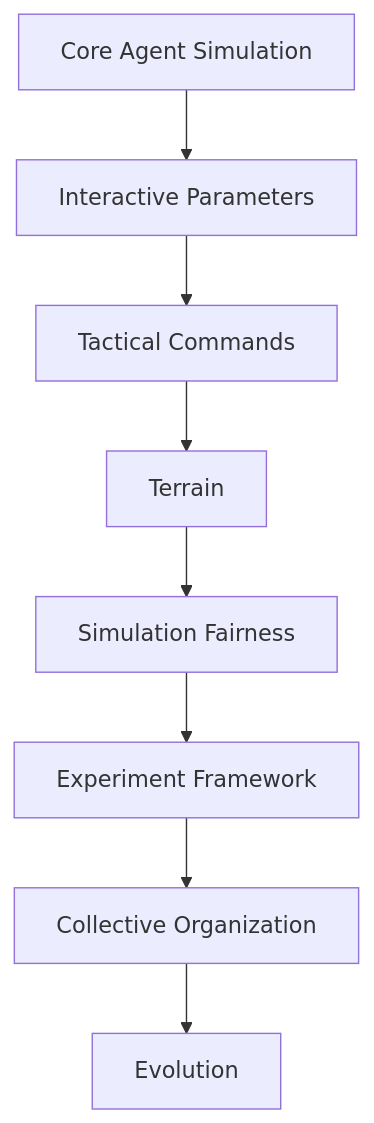
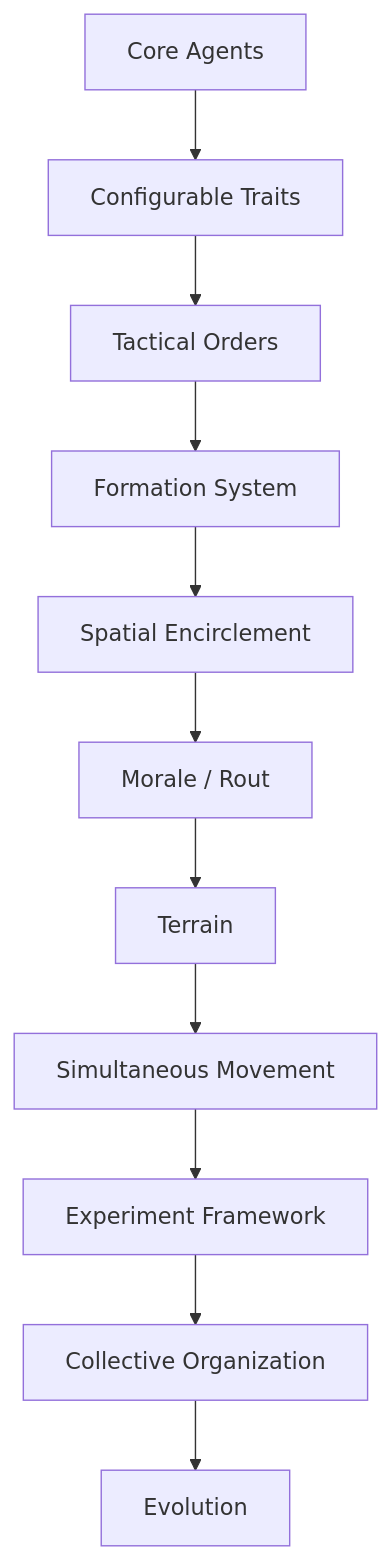
One commit to memem47/AlifeBattle changed the eighth of 9 diagrams in README.md. Above: the diagram before and after it, drawn with Mermaid. The commit also changed other lines of this file and 2 other files, not shown here.

First line of the commit message:
Fix combat update-order and encirclement tactics

````diff
--- a/README.md
+++ b/README.md
@@ -709,10 +1040,13 @@
 ```mermaid
 flowchart TD
-    A[Core Agent Simulation] --> B[Interactive Parameters]
-    B --> C[Tactical Commands]
-    C --> D[Terrain]
-    D --> E[Simulation Fairness]
-    E --> F[Experiment Framework]
-    F --> G[Collective Organization]
-    G --> H[Evolution]
+    A[Core Agents] --> B[Configurable Traits]
+    B --> C[Tactical Orders]
+    C --> D[Formation System]
+    D --> E[Spatial Encirclement]
+    E --> F[Morale / Rout]
+    F --> G[Terrain]
+    G --> H[Simultaneous Movement]
+    H --> I[Experiment Framework]
+    I --> J[Collective Organization]
+    J --> K[Evolution]
 ```
````
